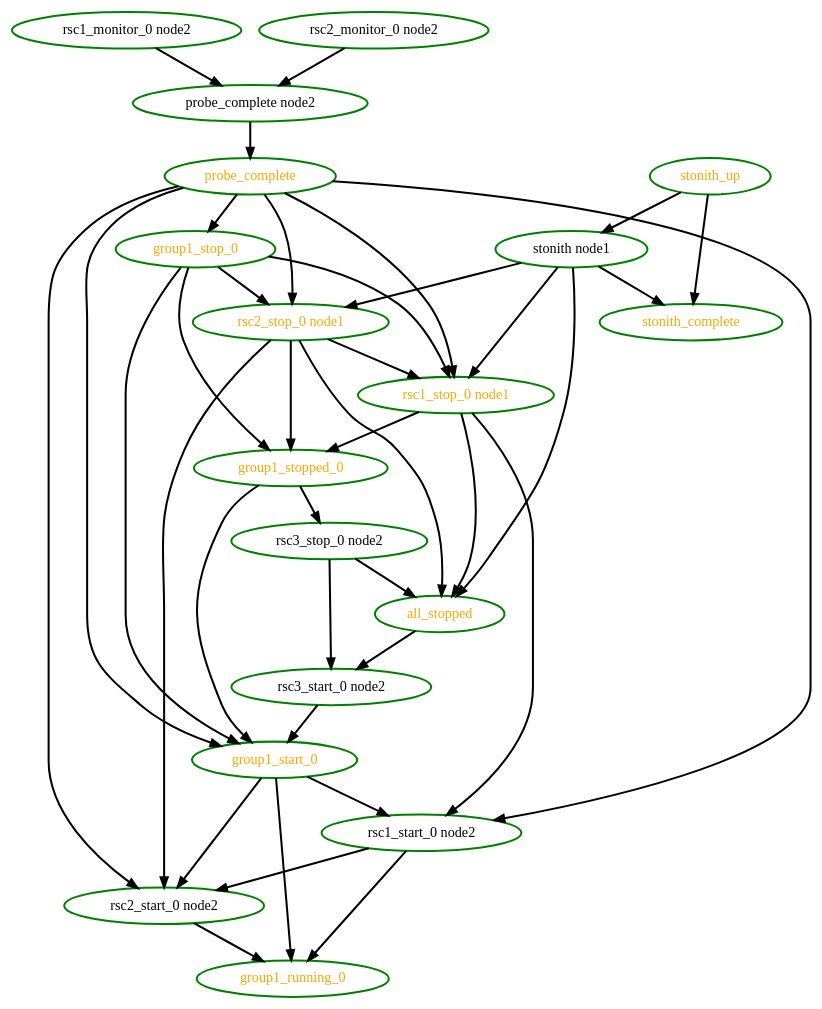
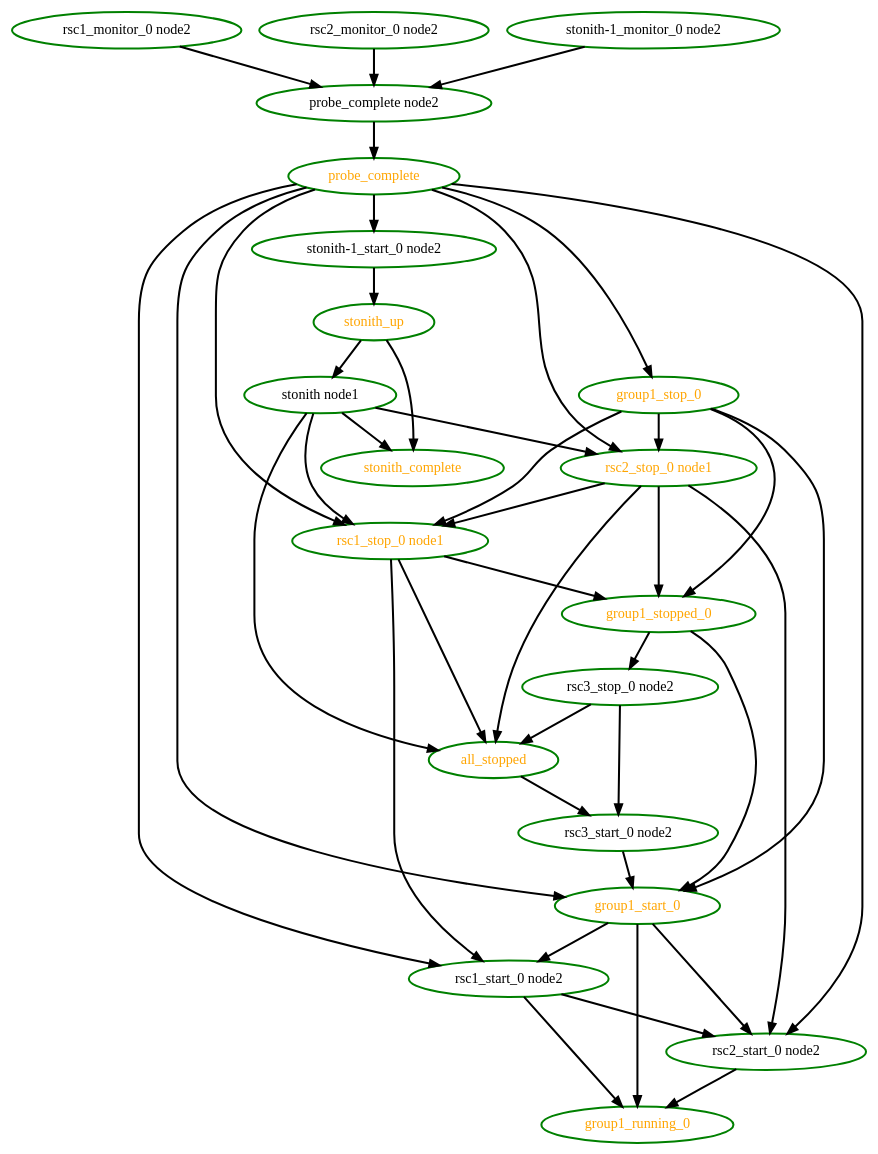
Before and after one commit to linux-ha-japan/pm_diskd: the diagram in pengine/test10/rec-node-11.dot, drawn with Graphviz. The commit also changed 209 other files, not shown here.

```diff
--- a/pengine/test10/rec-node-11.dot
+++ b/pengine/test10/rec-node-11.dot
@@ -1,58 +1,63 @@
  digraph "g" {
 "all_stopped" -> "rsc3_start_0 node2" [ style = bold]
 "all_stopped" [ style=bold color="green" fontcolor="orange"  ]
 "group1_running_0" [ style=bold color="green" fontcolor="orange" ]
 "group1_start_0" -> "group1_running_0" [ style = bold]
 "group1_start_0" -> "rsc1_start_0 node2" [ style = bold]
 "group1_start_0" -> "rsc2_start_0 node2" [ style = bold]
 "group1_start_0" [ style=bold color="green" fontcolor="orange" ]
 "group1_stop_0" -> "group1_start_0" [ style = bold]
 "group1_stop_0" -> "group1_stopped_0" [ style = bold]
 "group1_stop_0" -> "rsc1_stop_0 node1" [ style = bold]
 "group1_stop_0" -> "rsc2_stop_0 node1" [ style = bold]
 "group1_stop_0" [ style=bold color="green" fontcolor="orange" ]
 "group1_stopped_0" -> "group1_start_0" [ style = bold]
 "group1_stopped_0" -> "rsc3_stop_0 node2" [ style = bold]
 "group1_stopped_0" [ style=bold color="green" fontcolor="orange" ]
 "probe_complete node2" -> "probe_complete" [ style = bold]
 "probe_complete node2" [ style=bold color="green" fontcolor="black" ]
 "probe_complete" -> "group1_start_0" [ style = bold]
 "probe_complete" -> "group1_stop_0" [ style = bold]
 "probe_complete" -> "rsc1_start_0 node2" [ style = bold]
 "probe_complete" -> "rsc1_stop_0 node1" [ style = bold]
 "probe_complete" -> "rsc2_start_0 node2" [ style = bold]
 "probe_complete" -> "rsc2_stop_0 node1" [ style = bold]
+"probe_complete" -> "stonith-1_start_0 node2" [ style = bold]
 "probe_complete" [ style=bold color="green" fontcolor="orange" ]
 "rsc1_monitor_0 node2" -> "probe_complete node2" [ style = bold]
 "rsc1_monitor_0 node2" [ style=bold color="green" fontcolor="black" ]
 "rsc1_start_0 node2" -> "group1_running_0" [ style = bold]
 "rsc1_start_0 node2" -> "rsc2_start_0 node2" [ style = bold]
 "rsc1_start_0 node2" [ style=bold color="green" fontcolor="black" ]
 "rsc1_stop_0 node1" -> "all_stopped" [ style = bold]
 "rsc1_stop_0 node1" -> "group1_stopped_0" [ style = bold]
 "rsc1_stop_0 node1" -> "rsc1_start_0 node2" [ style = bold]
 "rsc1_stop_0 node1" [ style=bold color="green" fontcolor="orange" ]
 "rsc2_monitor_0 node2" -> "probe_complete node2" [ style = bold]
 "rsc2_monitor_0 node2" [ style=bold color="green" fontcolor="black" ]
 "rsc2_start_0 node2" -> "group1_running_0" [ style = bold]
 "rsc2_start_0 node2" [ style=bold color="green" fontcolor="black" ]
 "rsc2_stop_0 node1" -> "all_stopped" [ style = bold]
 "rsc2_stop_0 node1" -> "group1_stopped_0" [ style = bold]
 "rsc2_stop_0 node1" -> "rsc1_stop_0 node1" [ style = bold]
 "rsc2_stop_0 node1" -> "rsc2_start_0 node2" [ style = bold]
 "rsc2_stop_0 node1" [ style=bold color="green" fontcolor="orange" ]
 "rsc3_start_0 node2" -> "group1_start_0" [ style = bold]
 "rsc3_start_0 node2" [ style=bold color="green" fontcolor="black" ]
 "rsc3_stop_0 node2" -> "all_stopped" [ style = bold]
 "rsc3_stop_0 node2" -> "rsc3_start_0 node2" [ style = bold]
 "rsc3_stop_0 node2" [ style=bold color="green" fontcolor="black" ]
 "stonith node1" -> "all_stopped" [ style = bold]
 "stonith node1" -> "rsc1_stop_0 node1" [ style = bold]
 "stonith node1" -> "rsc2_stop_0 node1" [ style = bold]
 "stonith node1" -> "stonith_complete" [ style = bold]
 "stonith node1" [ style=bold color="green" fontcolor="black" ]
+"stonith-1_monitor_0 node2" -> "probe_complete node2" [ style = bold]
+"stonith-1_monitor_0 node2" [ style=bold color="green" fontcolor="black"  ]
+"stonith-1_start_0 node2" -> "stonith_up" [ style = bold]
+"stonith-1_start_0 node2" [ style=bold color="green" fontcolor="black"  ]
 "stonith_complete" [ style=bold color="green" fontcolor="orange"  ]
 "stonith_up" -> "stonith node1" [ style = bold]
 "stonith_up" -> "stonith_complete" [ style = bold]
 "stonith_up" [ style=bold color="green" fontcolor="orange"  ]
 }
```
